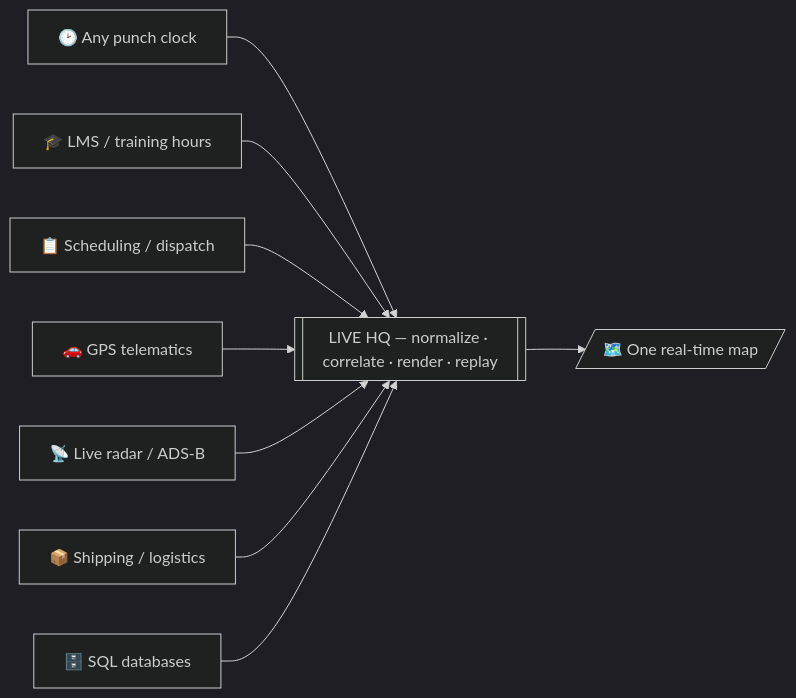
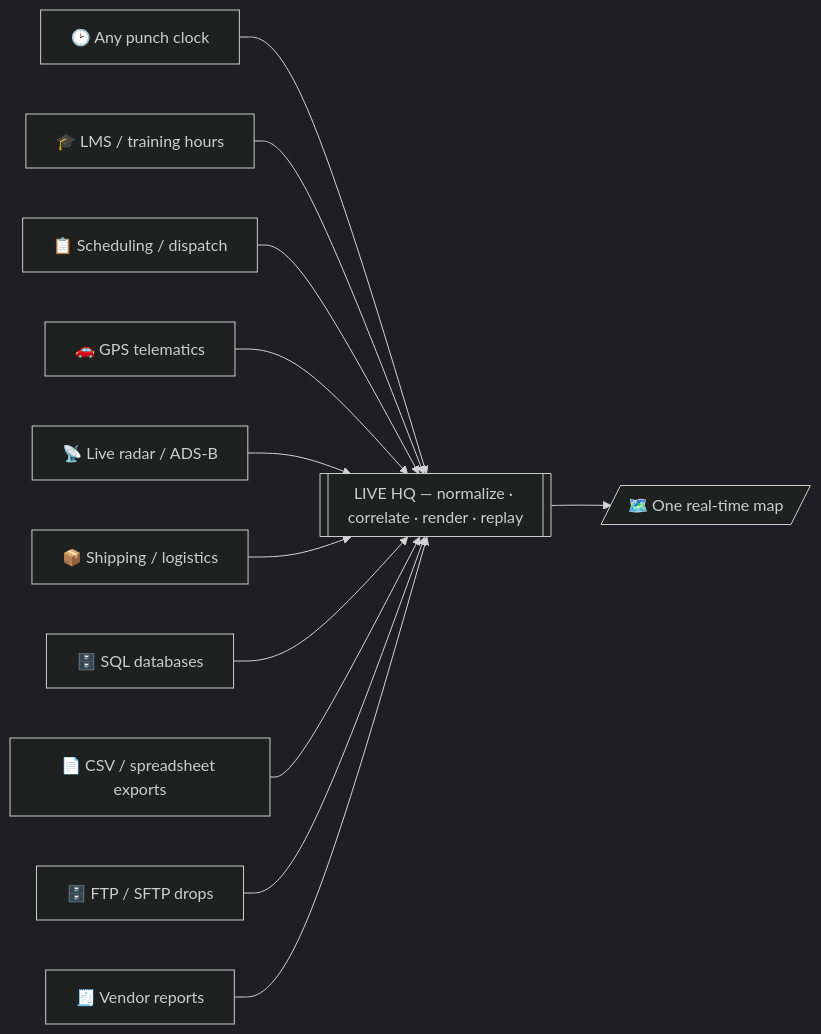
The diagram in README.md (Secolas/live-ops-hq), drawn with Mermaid (dark theme) before and after one commit. The commit also changed other lines of this file and 5 other files, not shown here.

````diff
--- a/README.md
+++ b/README.md
@@ -22,11 +39,14 @@
 ```mermaid
 flowchart LR
   A[🕑 Any punch clock] --> HQ
   B[🎓 LMS / training hours] --> HQ
   C[📋 Scheduling / dispatch] --> HQ
   D[🚗 GPS telematics] --> HQ
   E[📡 Live radar / ADS-B] --> HQ
   F[📦 Shipping / logistics] --> HQ
   G[🗄️ SQL databases] --> HQ
+  H[📄 CSV / spreadsheet exports] --> HQ
+  I[🗄️ FTP / SFTP drops] --> HQ
+  J[🧾 Vendor reports] --> HQ
   HQ[["LIVE HQ — normalize · correlate · render · replay"]] --> MAP[/🗺️ One real-time map/]
 ```
````
